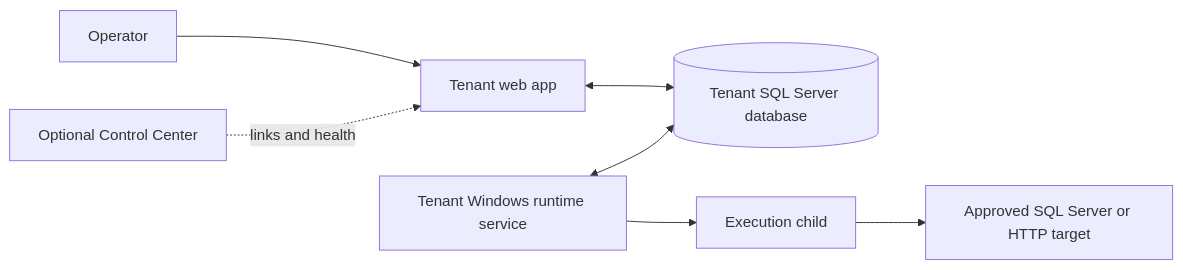
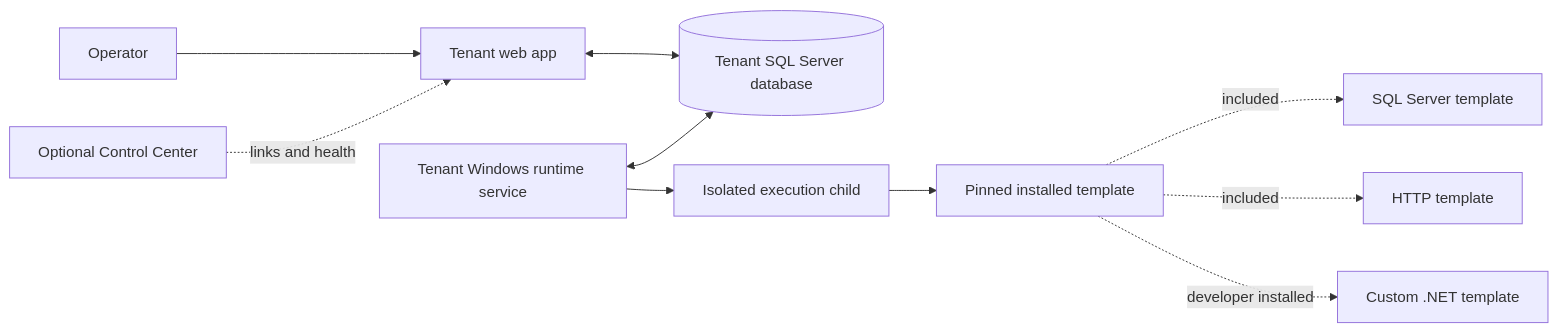
The diagram in README.md (brunofreitasv/WorkerDock), drawn with Mermaid before and after one commit. The commit also changed other lines of this file and 5 other files, not shown here.

````diff
--- a/README.md
+++ b/README.md
@@ -18,9 +27,12 @@
 ```mermaid
 flowchart LR
     Operator["Operator"] --> Web["Tenant web app"]
     Web <--> Database[("Tenant SQL Server database")]
     Runtime["Tenant Windows runtime service"] <--> Database
-    Runtime --> Child["Execution child"]
-    Child --> Target["Approved SQL Server or HTTP target"]
+    Runtime --> Child["Isolated execution child"]
+    Child --> Template["Pinned installed template"]
+    Template -. "included" .-> Sql["SQL Server template"]
+    Template -. "included" .-> Http["HTTP template"]
+    Template -. "developer installed" .-> Custom["Custom .NET template"]
     Center["Optional Control Center"] -. "links and health" .-> Web
 ```
````
